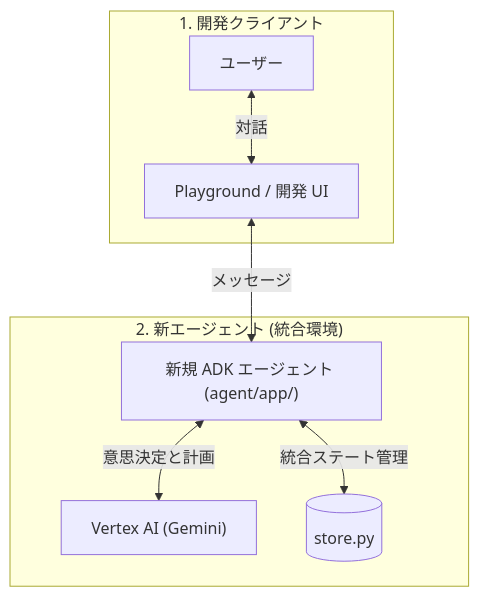
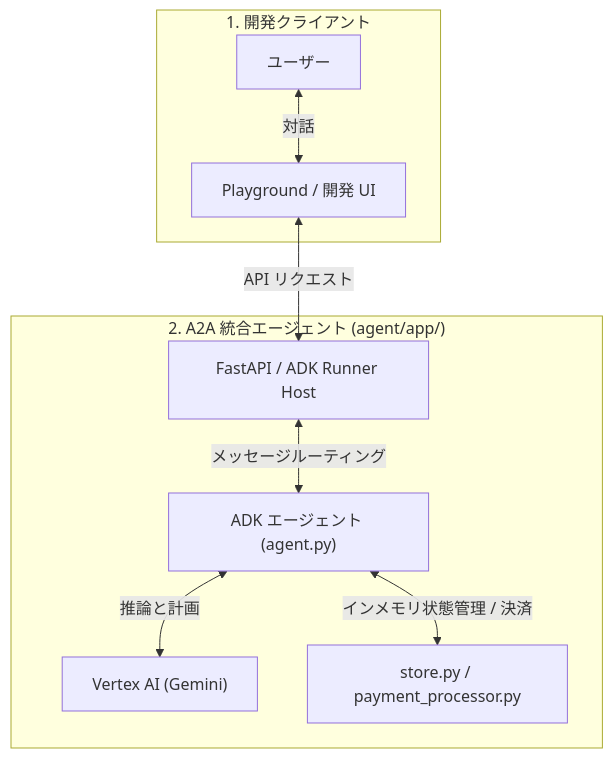
One commit to shogoorg/samples-a2a changed the diagram in agent/README.md. Above: the diagram before and after it, drawn with Mermaid. The commit also changed other lines of this file, not shown here.

Commit message:
docs: clarify architectural differences between REST and A2A versions

````diff
--- a/agent/README.md
+++ b/agent/README.md
@@ -32,12 +33,13 @@
 ```mermaid
 graph TD
     subgraph Client_Side ["1. 開発クライアント"]
         User["ユーザー"] <-->|"対話"| Playground["Playground / 開発 UI"]
     end
 
-    subgraph New_Agent_Integrated ["2. 新エージェント (統合環境)"]
-        Playground <-->|"メッセージ"| NewAgent["新規 ADK エージェント (agent/app/)"]
-        NewAgent <-->|"意思決定と計画"| GeminiNew["Vertex AI (Gemini)"]
-        NewAgent <-->|"統合ステート管理"| Store[("store.py")]
+    subgraph ADK_Agent_System ["2. A2A 統合エージェント (agent/app/)"]
+        Playground <-->|"API リクエスト"| FastAPI["FastAPI / ADK Runner Host"]
+        FastAPI <-->|"メッセージルーティング"| Agent["ADK エージェント (agent.py)"]
+        Agent <-->|"推論と計画"| Gemini["Vertex AI (Gemini)"]
+        Agent <-->|"インメモリ状態管理 / 決済"| Backend["store.py / payment_processor.py"]
     end
 ```
````
